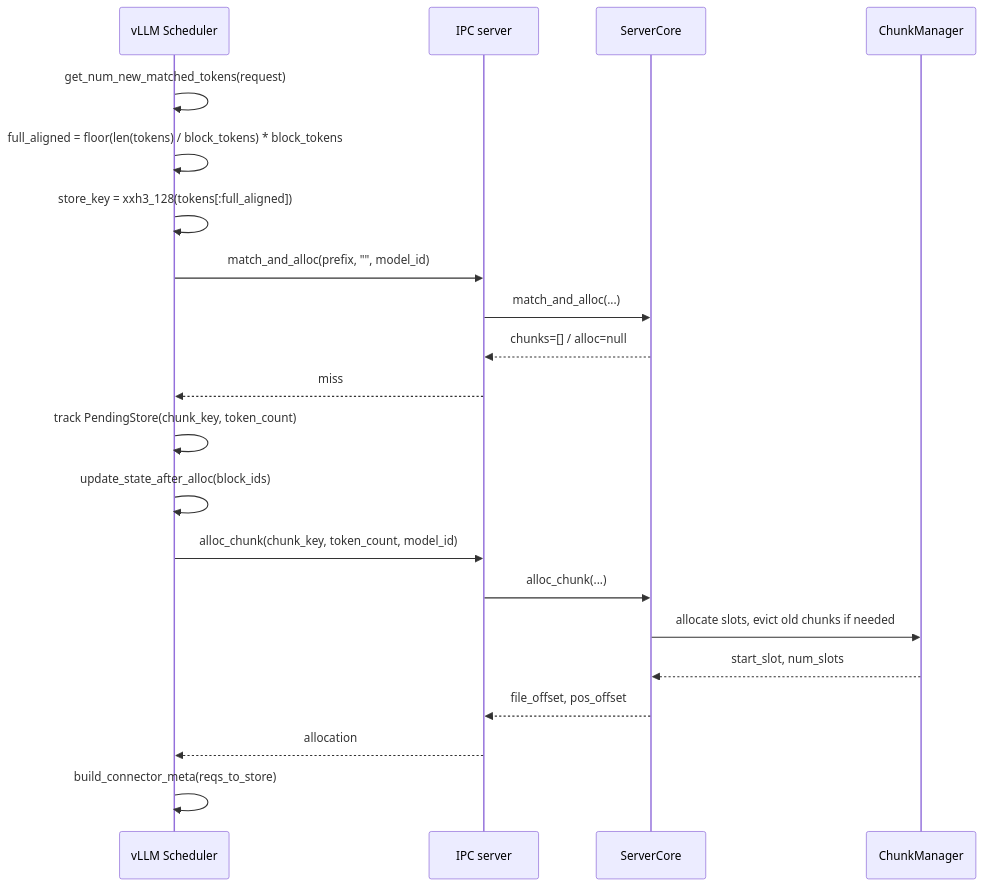
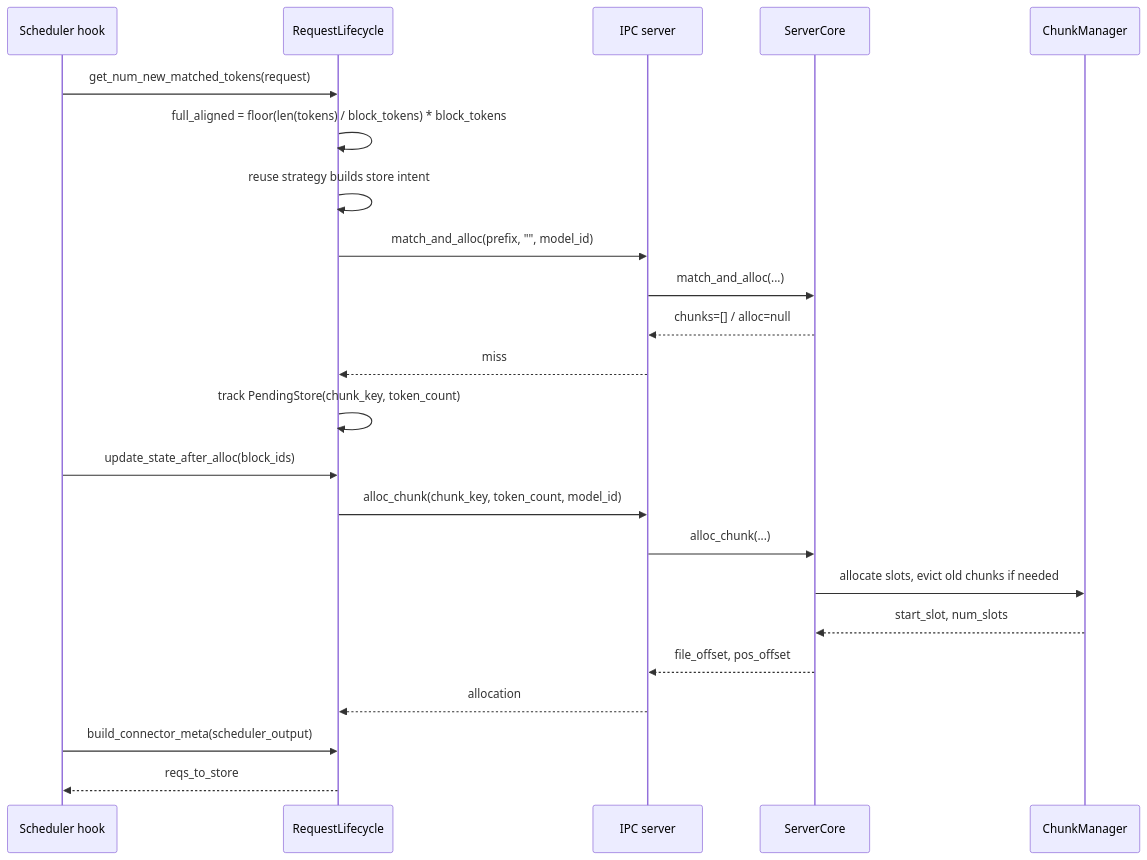
The third of 8 diagrams in docs/design/flows.md (GentleCold/DaseR), drawn with Mermaid before and after one commit. The commit also changed other lines of this file and 33 other files, not shown here.

````diff
--- a/docs/design/flows.md
+++ b/docs/design/flows.md
@@ -72,25 +72,27 @@
 ```mermaid
 sequenceDiagram
-    participant S as vLLM Scheduler
+    participant S as Scheduler hook
+    participant SL as RequestLifecycle
     participant IPC as IPC server
     participant C as ServerCore
     participant CM as ChunkManager
 
-    S->>S: get_num_new_matched_tokens(request)
-    S->>S: full_aligned = floor(len(tokens) / block_tokens) * block_tokens
-    S->>S: store_key = xxh3_128(tokens[:full_aligned])
-    S->>IPC: match_and_alloc(prefix, "", model_id)
+    S->>SL: get_num_new_matched_tokens(request)
+    SL->>SL: full_aligned = floor(len(tokens) / block_tokens) * block_tokens
+    SL->>SL: reuse strategy builds store intent
+    SL->>IPC: match_and_alloc(prefix, "", model_id)
     IPC->>C: match_and_alloc(...)
     C-->>IPC: chunks=[] / alloc=null
-    IPC-->>S: miss
-    S->>S: track PendingStore(chunk_key, token_count)
+    IPC-->>SL: miss
+    SL->>SL: track PendingStore(chunk_key, token_count)
 
-    S->>S: update_state_after_alloc(block_ids)
-    S->>IPC: alloc_chunk(chunk_key, token_count, model_id)
+    S->>SL: update_state_after_alloc(block_ids)
+    SL->>IPC: alloc_chunk(chunk_key, token_count, model_id)
     IPC->>C: alloc_chunk(...)
     C->>CM: allocate slots, evict old chunks if needed
     CM-->>C: start_slot, num_slots
     C-->>IPC: file_offset, pos_offset
-    IPC-->>S: allocation
-    S->>S: build_connector_meta(reqs_to_store)
+    IPC-->>SL: allocation
+    S->>SL: build_connector_meta(scheduler_output)
+    SL-->>S: reqs_to_store
 ```
````
